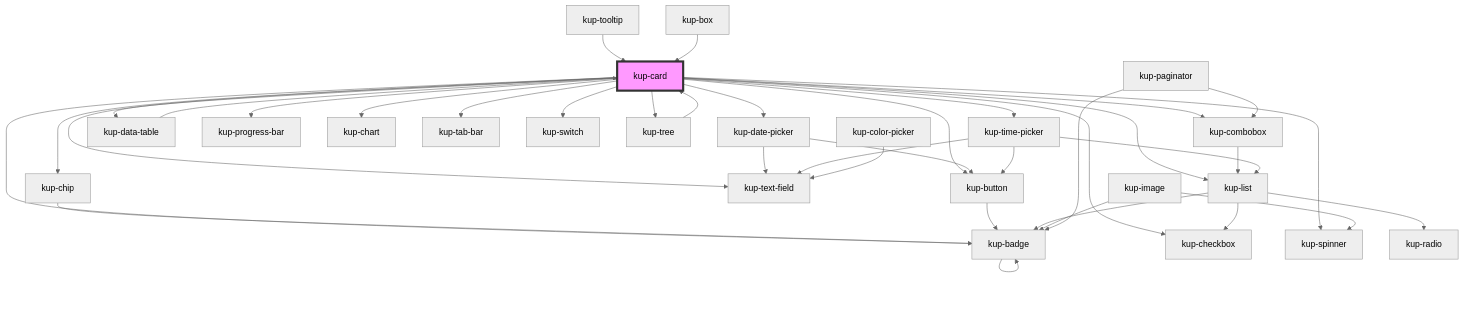
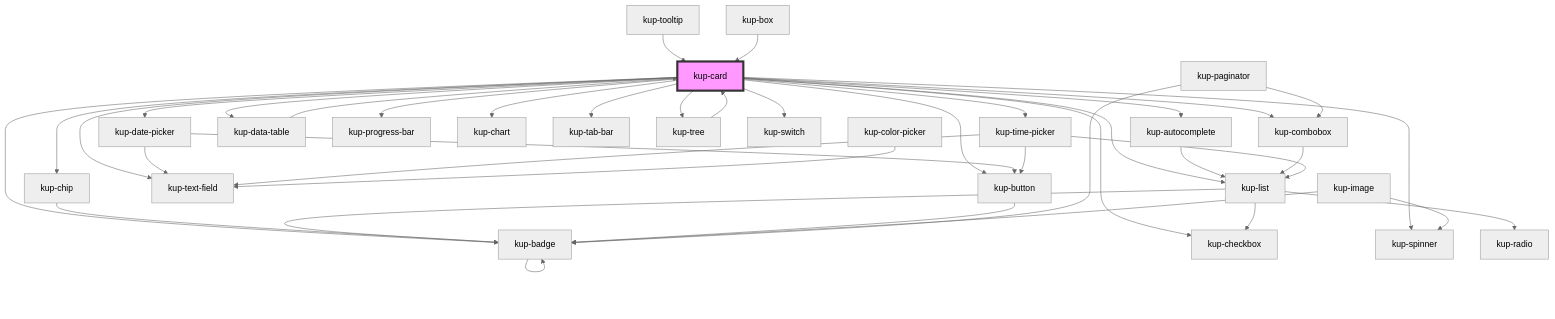
One commit to smeup/ketchup changed the diagram in packages/ketchup/src/components/kup-card/readme.md. Above: the diagram before and after it, drawn with Mermaid (neutral theme). The commit also changed other lines of this file and 12 other files, not shown here.

````diff
--- a/packages/ketchup/src/components/kup-card/readme.md
+++ b/packages/ketchup/src/components/kup-card/readme.md
@@ -90,41 +91,43 @@
 ```mermaid
 graph TD;
   kup-card --> kup-chip
   kup-card --> kup-badge
+  kup-card --> kup-autocomplete
   kup-card --> kup-button
   kup-card --> kup-checkbox
   kup-card --> kup-combobox
   kup-card --> kup-date-picker
   kup-card --> kup-text-field
   kup-card --> kup-time-picker
   kup-card --> kup-data-table
   kup-card --> kup-list
   kup-card --> kup-progress-bar
   kup-card --> kup-chart
   kup-card --> kup-spinner
   kup-card --> kup-tab-bar
+  kup-card --> kup-tree
   kup-card --> kup-switch
-  kup-card --> kup-tree
   kup-chip --> kup-badge
   kup-badge --> kup-badge
-  kup-button --> kup-badge
-  kup-combobox --> kup-list
+  kup-autocomplete --> kup-list
   kup-list --> kup-radio
   kup-list --> kup-checkbox
   kup-list --> kup-badge
+  kup-button --> kup-badge
+  kup-combobox --> kup-list
   kup-date-picker --> kup-text-field
   kup-date-picker --> kup-button
   kup-time-picker --> kup-text-field
   kup-time-picker --> kup-button
   kup-time-picker --> kup-list
   kup-data-table --> kup-card
   kup-tooltip --> kup-card
   kup-tree --> kup-card
   kup-image --> kup-spinner
   kup-image --> kup-badge
   kup-color-picker --> kup-text-field
   kup-paginator --> kup-combobox
   kup-paginator --> kup-badge
   kup-box --> kup-card
   style kup-card fill:#f9f,stroke:#333,stroke-width:4px
 ```
````
